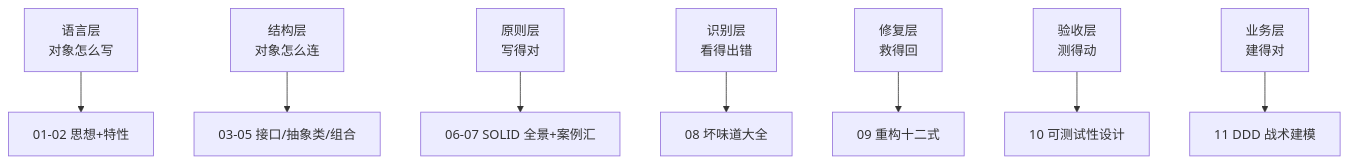
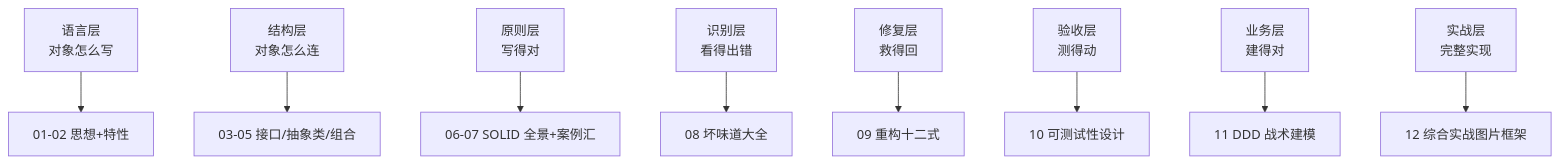
Before and after one commit to chongyang211/YCBookBlog: the third of 3 diagrams in 00.通用技术的提升/03.重学设计模式/01.面向对象设计/README.md, drawn with Mermaid. The commit also changed other lines of this file and 12 other files, not shown here.

````diff
--- a/00.通用技术的提升/03.重学设计模式/01.面向对象设计/README.md
+++ b/00.通用技术的提升/03.重学设计模式/01.面向对象设计/README.md
@@ -86,10 +89,11 @@
 ```mermaid
 flowchart TB
     A[语言层<br/>对象怎么写] --> A1[01-02 思想+特性]
     B[结构层<br/>对象怎么连] --> B1[03-05 接口/抽象类/组合]
     C[原则层<br/>写得对] --> C1[06-07 SOLID 全景+案例汇]
     D[识别层<br/>看得出错] --> D1[08 坏味道大全]
     E[修复层<br/>救得回] --> E1[09 重构十二式]
     F[验收层<br/>测得动] --> F1[10 可测试性设计]
     G[业务层<br/>建得对] --> G1[11 DDD 战术建模]
+    H[实战层<br/>完整实现] --> H1[12 综合实战图片框架]
 ```
````
